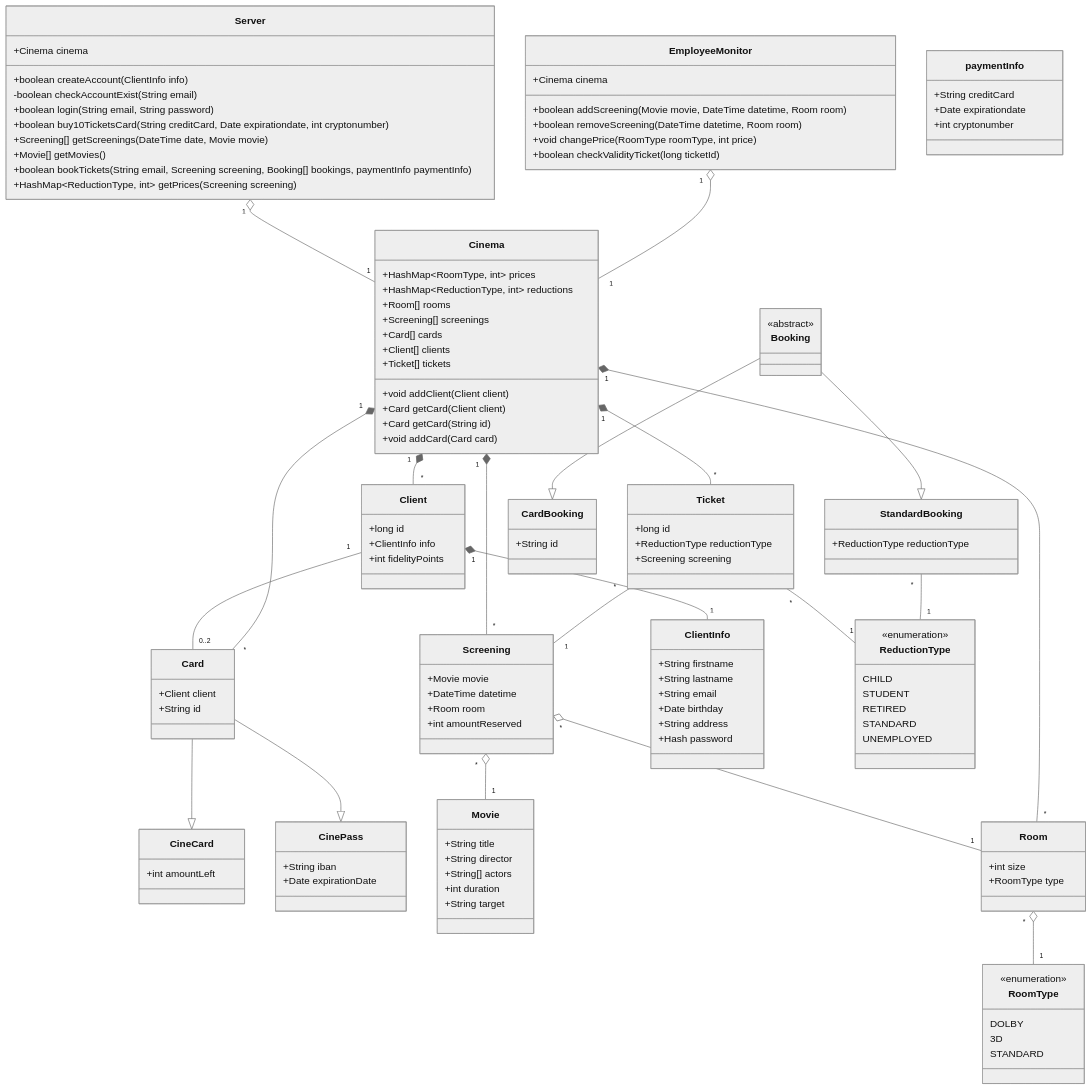
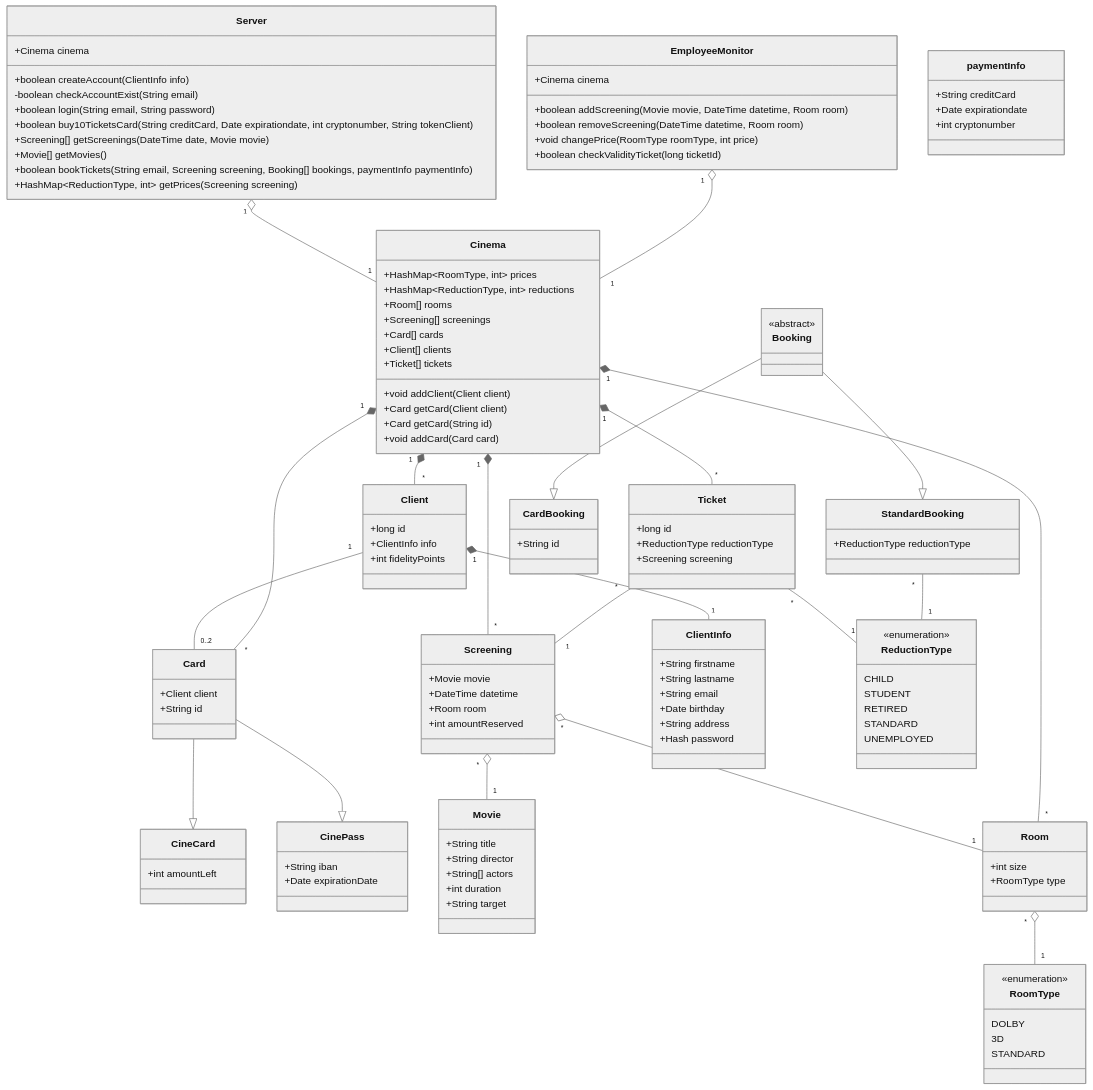
One commit to pixselve-school/OMD-TP1 changed the first of 9 diagrams in Analyse Structurelle.md. Above: the diagram before and after it, drawn with Mermaid (neutral theme). The commit also changed 1 other file, not shown here.

Commit message:
feat: réservation 10 séances

```diff
--- a/Analyse Structurelle.md
+++ b/Analyse Structurelle.md
@@ -74,7 +74,7 @@
         +boolean createAccount(ClientInfo info)
         -boolean checkAccountExist(String email)
         +boolean login(String email, String password)
-        +boolean buy10TicketsCard(String creditCard, Date expirationdate, int cryptonumber)
+        +boolean buy10TicketsCard(String creditCard, Date expirationdate, int cryptonumber, String tokenClient)
         +Screening[] getScreenings(DateTime date, Movie movie)
         +Movie[] getMovies()
         +boolean bookTickets(String email, Screening screening, Booking[] bookings, paymentInfo paymentInfo)
```
